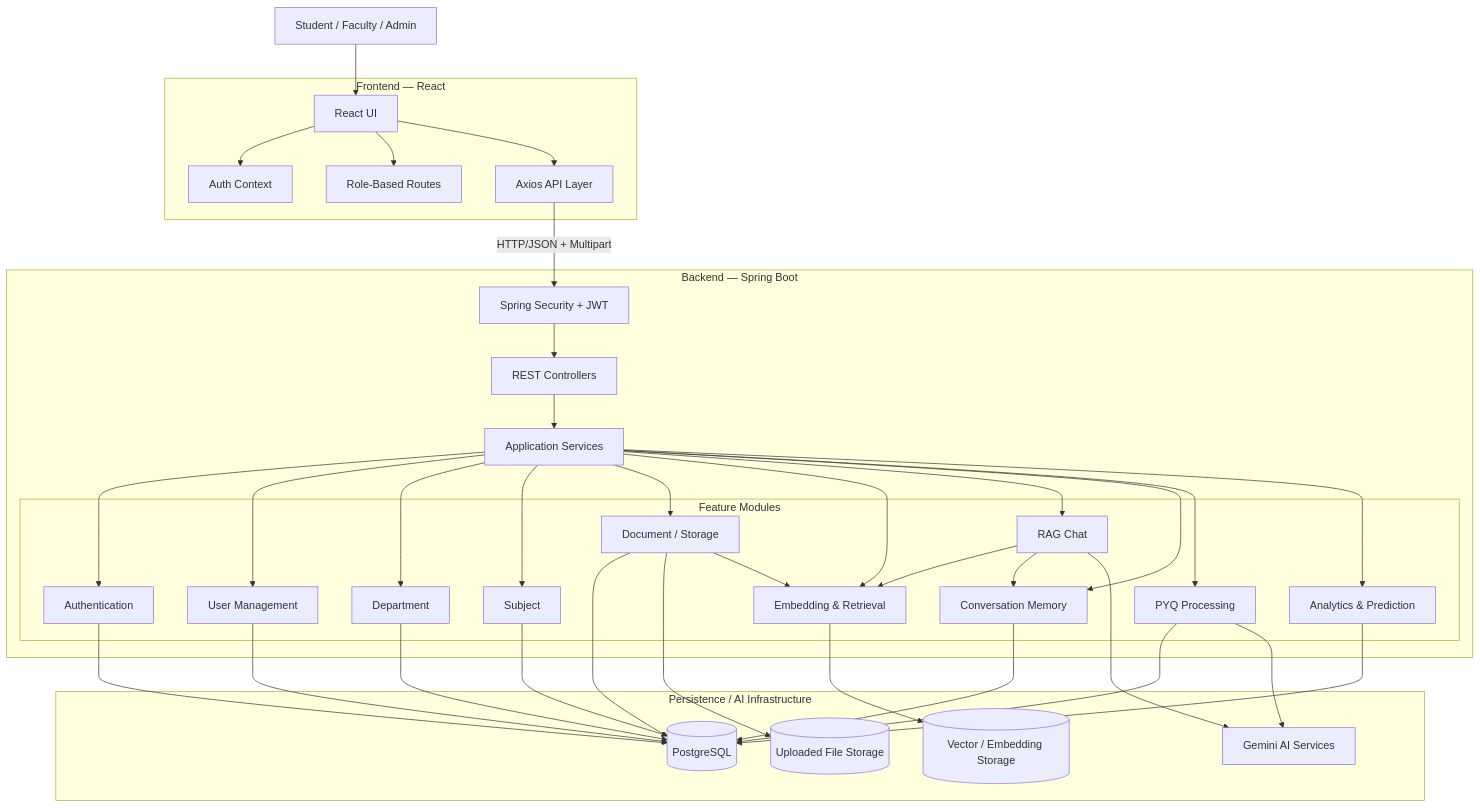
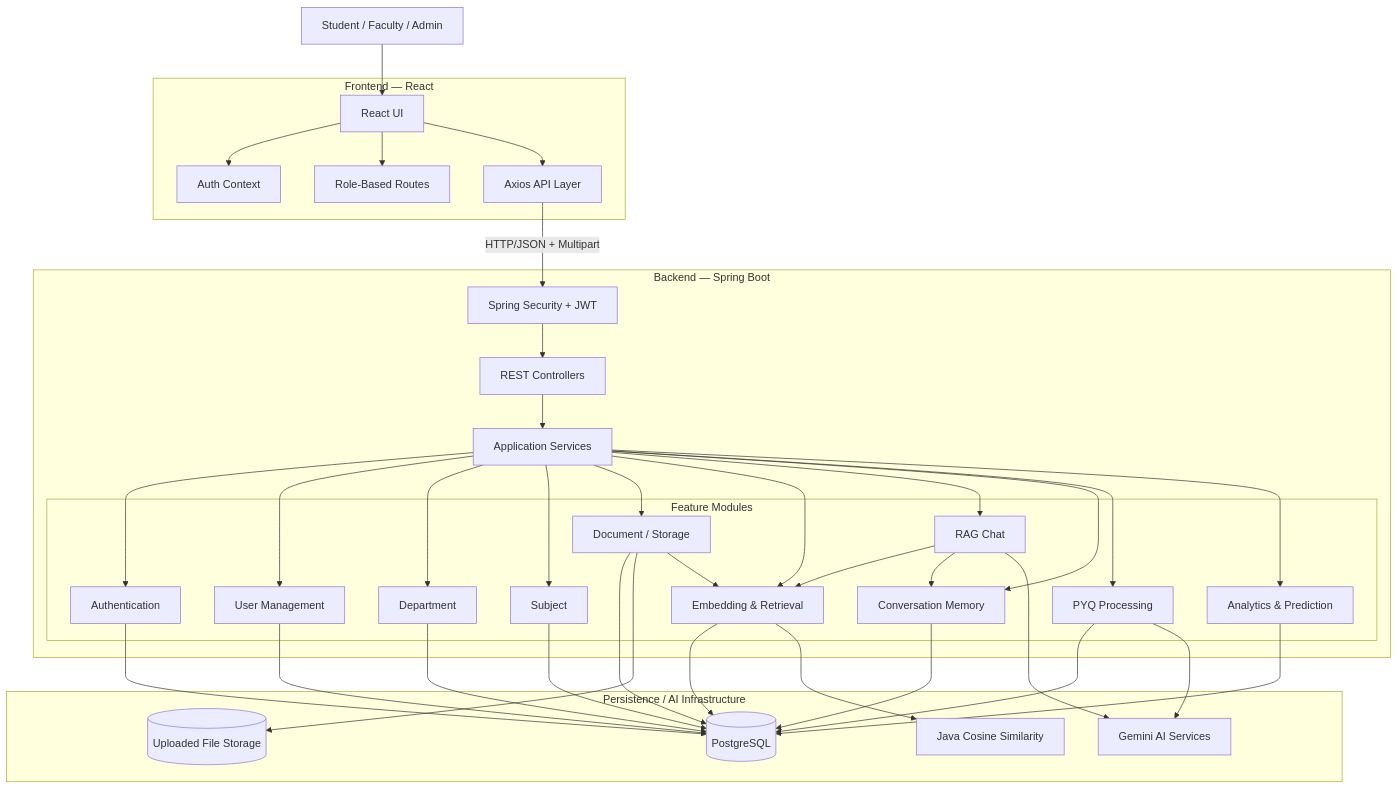
The first of 7 diagrams in README.md (Chinmay48/academic-intelligence-platform), drawn with Mermaid before and after one commit. The commit also changed other lines of this file and 11 other files, not shown here.

````diff
--- a/README.md
+++ b/README.md
@@ -588,73 +588,74 @@
 ``` mermaid
 flowchart TB
     U[Student / Faculty / Admin]
 
     subgraph FE["Frontend — React"]
         UI[React UI]
         AUTHCTX[Auth Context]
         AXIOS[Axios API Layer]
         ROUTES[Role-Based Routes]
     end
 
     subgraph BE["Backend — Spring Boot"]
         SEC[Spring Security + JWT]
         CTRL[REST Controllers]
         SERVICES[Application Services]
 
         subgraph MODULES["Feature Modules"]
             AUTH[Authentication]
             USER[User Management]
             DEPT[Department]
             SUB[Subject]
             DOC[Document / Storage]
             EMB[Embedding & Retrieval]
             RAG[RAG Chat]
             MEM[Conversation Memory]
             PYQ[PYQ Processing]
             ANA[Analytics & Prediction]
         end
     end
 
     subgraph DATA["Persistence / AI Infrastructure"]
         PG[(PostgreSQL)]
-        VECTOR[(Vector / Embedding Storage)]
+        COSINE[Java Cosine Similarity]
         FILES[(Uploaded File Storage)]
         GEMINI[Gemini AI Services]
     end
 
     U --> UI
     UI --> AUTHCTX
     UI --> ROUTES
     UI --> AXIOS
 
     AXIOS -->|HTTP/JSON + Multipart| SEC
     SEC --> CTRL
     CTRL --> SERVICES
 
     SERVICES --> AUTH
     SERVICES --> USER
     SERVICES --> DEPT
     SERVICES --> SUB
     SERVICES --> DOC
     SERVICES --> EMB
     SERVICES --> RAG
     SERVICES --> MEM
     SERVICES --> PYQ
     SERVICES --> ANA
 
     AUTH --> PG
     USER --> PG
     DEPT --> PG
     SUB --> PG
     DOC --> PG
     DOC --> FILES
     DOC --> EMB
-    EMB --> VECTOR
+    EMB --> PG
+    EMB --> COSINE
     RAG --> EMB
     RAG --> MEM
     MEM --> PG
     RAG --> GEMINI
     PYQ --> PG
     PYQ --> GEMINI
     ANA --> PG
 ```
````
